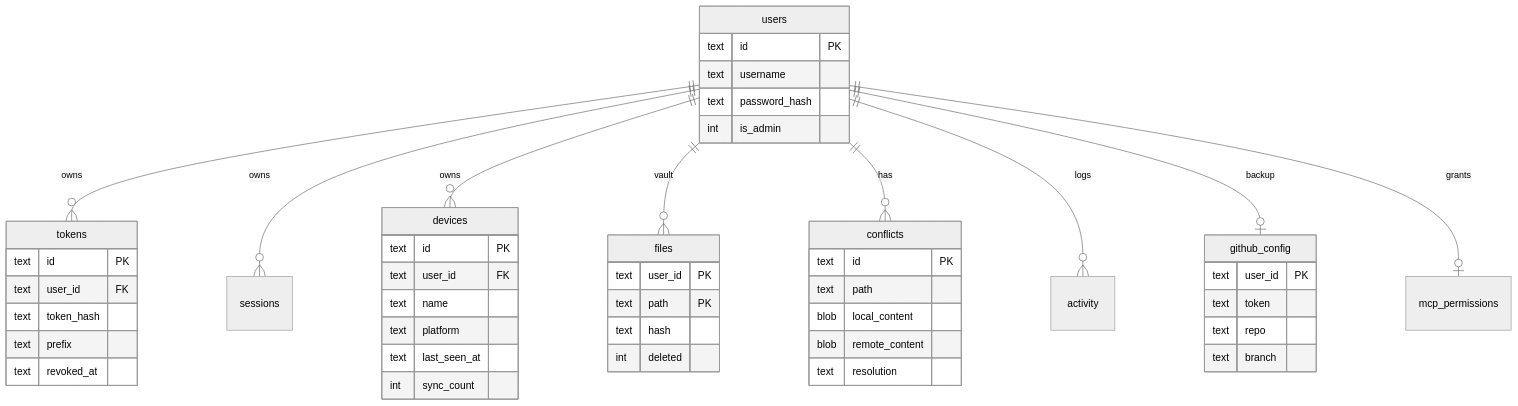
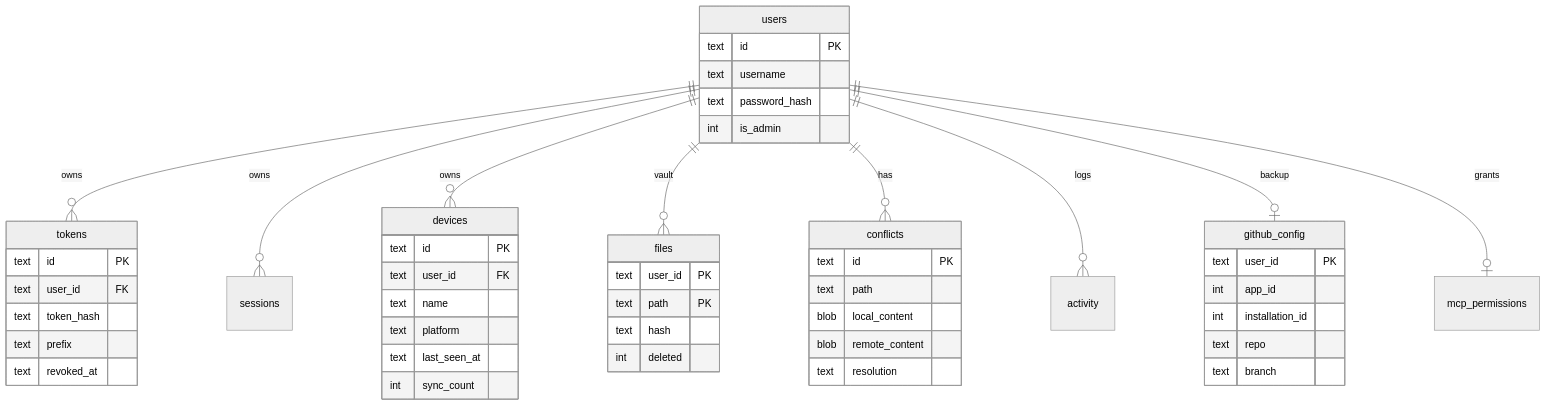
Diagram 11 of 13 in docs/architecture.md (shangeethsivan/Syncidian), drawn with Mermaid (neutral theme) before and after one commit. The commit also changed other lines of this file and 13 other files, not shown here.

````diff
--- a/docs/architecture.md
+++ b/docs/architecture.md
@@ -328,52 +329,53 @@
 ```mermaid
 erDiagram
   users ||--o{ tokens : owns
   users ||--o{ sessions : owns
   users ||--o{ devices : owns
   users ||--o{ files : vault
   users ||--o{ conflicts : has
   users ||--o{ activity : logs
   users ||--o| github_config : backup
   users ||--o| mcp_permissions : grants
 
   users {
     text id PK
     text username
     text password_hash
     int is_admin
   }
   tokens {
     text id PK
     text user_id FK
     text token_hash
     text prefix
     text revoked_at
   }
   devices {
     text id PK
     text user_id FK
     text name
     text platform
     text last_seen_at
     int sync_count
   }
   files {
     text user_id PK
     text path PK
     text hash
     int deleted
   }
   conflicts {
     text id PK
     text path
     blob local_content
     blob remote_content
     text resolution
   }
   github_config {
     text user_id PK
-    text token
+    int app_id
+    int installation_id
     text repo
     text branch
   }
 ```
````
